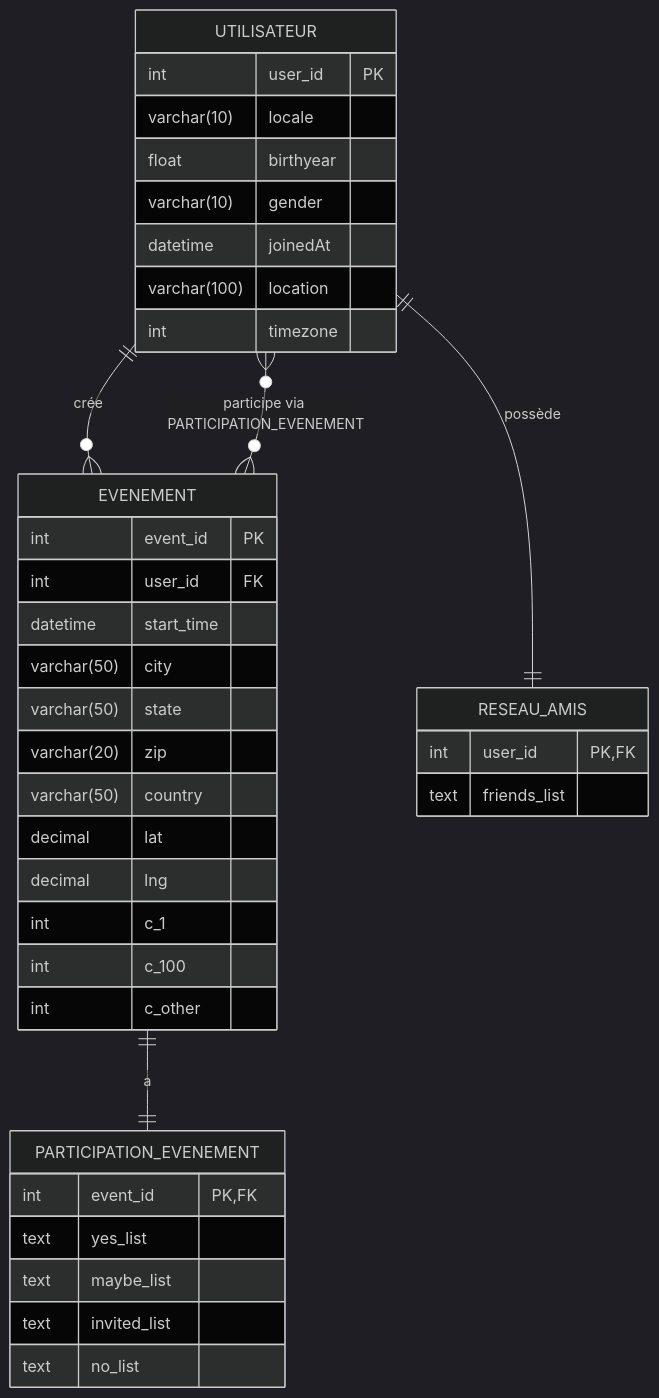
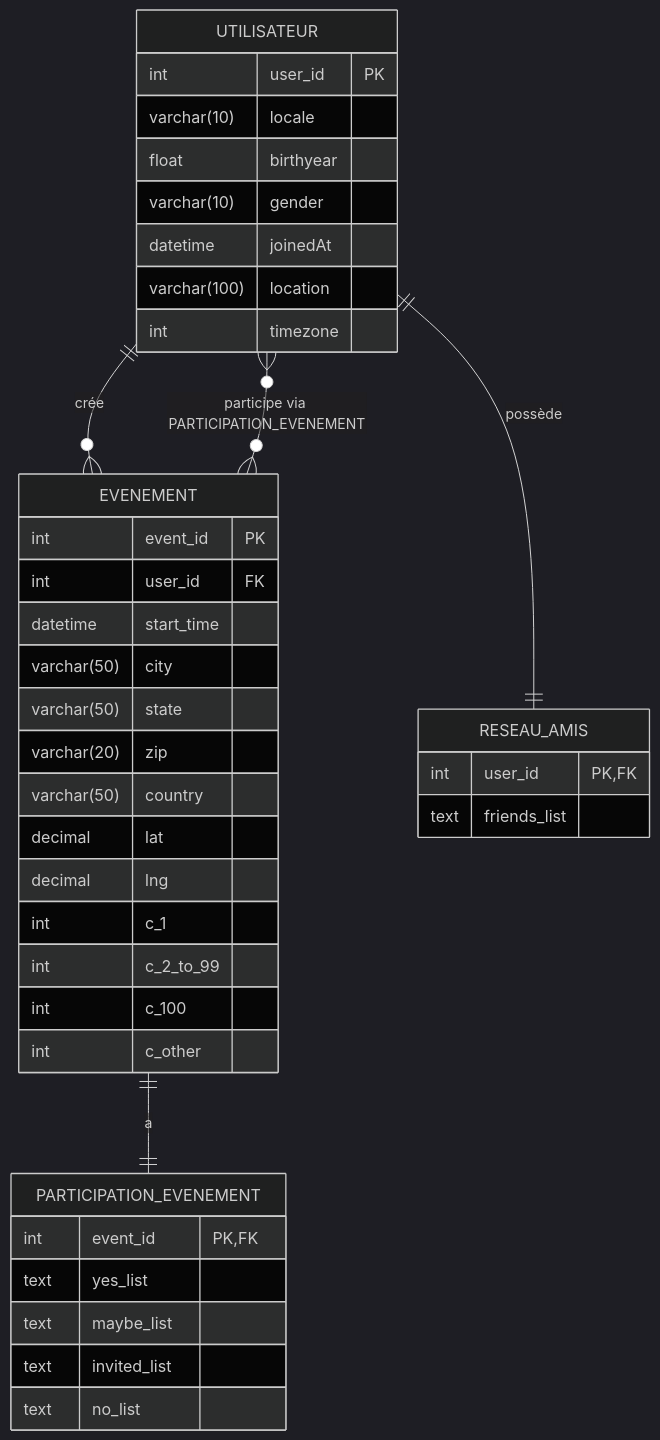
The diagram in MCD.mmd (MOSSAWIII/realtime-recommendation-engine), drawn with Mermaid (dark theme) before and after one commit. The commit also changed 2 other files, not shown here.

```diff
--- a/MCD.mmd
+++ b/MCD.mmd
@@ -1,64 +1,71 @@
+%% Modèle Conceptuel de Données (MCD) pour un système de gestion d'événements sociaux
+%% Ce diagramme représente la structure de base de données d'une plateforme permettant aux utilisateurs
+%% de créer des événements, d'inviter des amis et de gérer les participations.
+%% Les entités principales sont: UTILISATEUR, EVENEMENT, RESEAU_AMIS et PARTICIPATION_EVENEMENT,
+%% reliées entre elles par différentes relations exprimant la logique métier de l'application.
+
 erDiagram
     UTILISATEUR {
         int user_id PK
         varchar(10) locale
         float birthyear
         varchar(10) gender
         datetime joinedAt
         varchar(100) location
         int timezone
     }
     
     EVENEMENT {
         int event_id PK
         int user_id FK
         datetime start_time
         varchar(50) city
         varchar(50) state
         varchar(20) zip
         varchar(50) country
         decimal lat
         decimal lng
         int c_1
+        int c_2_to_99
         int c_100
         int c_other
     }
     
     RESEAU_AMIS {
         int user_id PK,FK
         text friends_list
     }
     
     PARTICIPATION_EVENEMENT {
         int event_id PK,FK
         text yes_list
         text maybe_list
         text invited_list
         text no_list
     }
     
     UTILISATEUR ||--o{ EVENEMENT : "crée"
     UTILISATEUR ||--|| RESEAU_AMIS : "possède"
     EVENEMENT ||--|| PARTICIPATION_EVENEMENT : "a"
     UTILISATEUR }o--o{ EVENEMENT : "participe via PARTICIPATION_EVENEMENT"
 
     %% Ce commentaire de documentation explique les symboles utilisés pour définir les relations entre les tables.
     %% 
     %% Les symboles "||", "o{" et "}o" indiquent la cardinalité (le nombre d'occurrences) dans la relation.
     %% 
     %% - "||" représente une cardinalité stricte à une occurence (exactement un).
     %% - "o{" ou "}{", représente zéro ou plusieurs occurences (optionnel et multiple).
     %% 
     %% Par exemple:
     %%   • Dans "UTILISATEUR ||--o{ EVENEMENT : 'crée'", 
     %%     "UTILISATEUR" est relié à "EVENEMENT" par une relation de type 1-à-plusieurs (un utilisateur peut créer plusieurs événements).
     %% 
     %%   • Dans "UTILISATEUR ||--|| RESEAU_AMIS : 'possède'",
     %%     les deux tables participent à une relation 1-à-1 (chaque utilisateur a un et un seul réseau d'amis, et inversement).
     %% 
     %%   • Dans "EVENEMENT ||--|| PARTICIPATION_EVENEMENT : 'a'",
     %%     il s'agit d'une relation 1-à-1 entre un événement et sa participation spécifique, indiquant une présence unique dans ce contexte.
     %% 
     %%   • Dans "UTILISATEUR }o--o{ EVENEMENT : 'participe via PARTICIPATION_EVENEMENT'",
     %%     les symboles en accolade "o" aux deux extrémités indiquent une relation de type plusieurs-à-plusieurs,
     %%     c'est-à-dire qu'un utilisateur peut participer à plusieurs événements et un événement peut avoir plusieurs utilisateurs participants.
```
